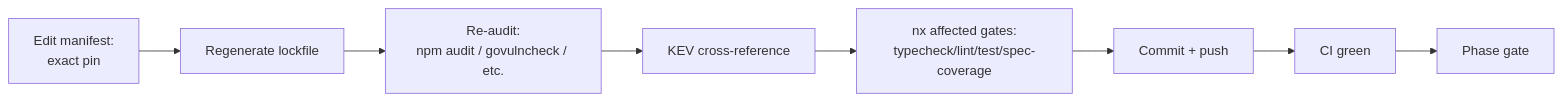
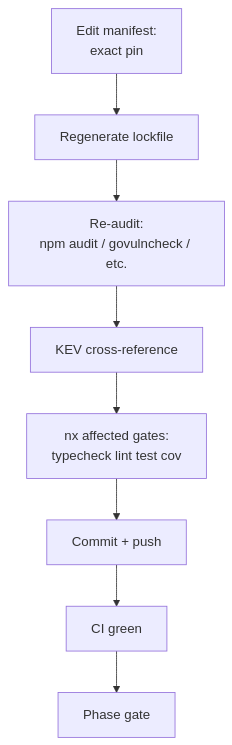
One commit to wahidyankf/ose-primer changed the diagram in plans/done/2026-06-04__dependency-bump-2026-06/tech-docs.md. Above: the diagram before and after it, drawn with Mermaid.

Commit message:
fix(plans): correct mermaid width/label violations in dependency-bump diagram
Preexisting validate-mermaid failures (label >30 chars, LR width >4) in an
archived plan blocked all markdown-touching pushes. Switch the flow to
top-down and shorten the gates label. Root-cause fix per Iron Rule 3.

````diff
--- a/plans/done/2026-06-04__dependency-bump-2026-06/tech-docs.md
+++ b/plans/done/2026-06-04__dependency-bump-2026-06/tech-docs.md
@@ -14,10 +14,10 @@
 ```mermaid
-flowchart LR
+flowchart TB
   A[Edit manifest:<br/>exact pin] --> B[Regenerate lockfile]
   B --> C[Re-audit:<br/>npm audit / govulncheck / etc.]
   C --> D[KEV cross-reference]
-  D --> E[nx affected gates:<br/>typecheck/lint/test/spec-coverage]
+  D --> E[nx affected gates:<br/>typecheck lint test cov]
   E --> F[Commit + push]
   F --> G[CI green]
   G --> H[Phase gate]
 ```
````
